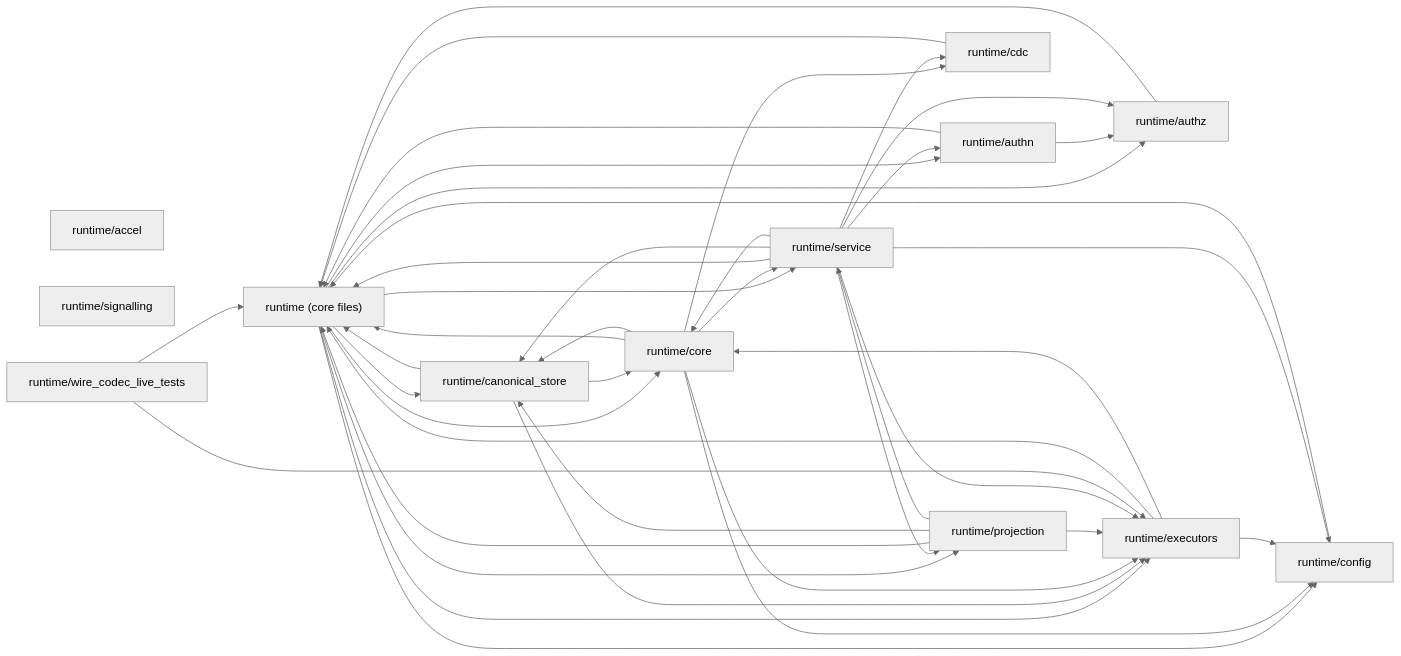
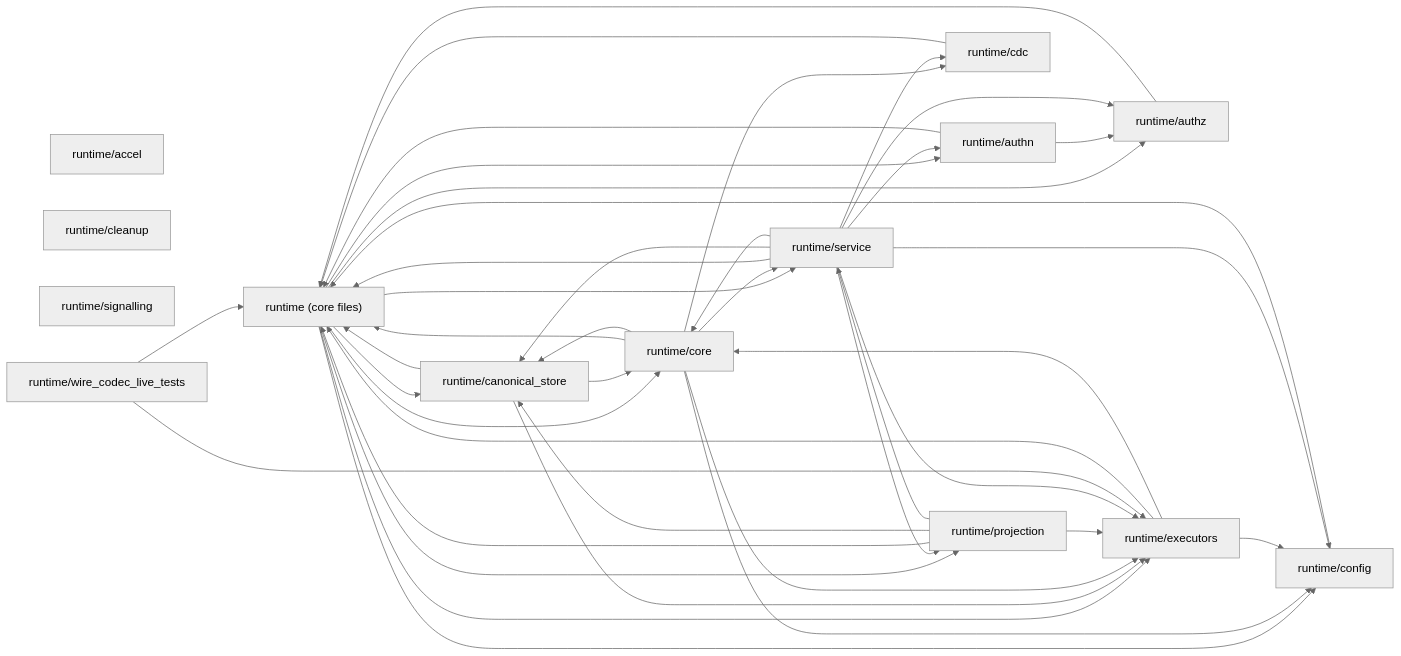
The second of 2 diagrams in docs/generated/codebase-map.md (fahara02/udb), drawn with Mermaid (neutral theme) before and after one commit. The commit also changed other lines of this file and 9 other files, not shown here.

````diff
--- a/docs/generated/codebase-map.md
+++ b/docs/generated/codebase-map.md
@@ -57,56 +57,57 @@
 ```mermaid
 graph LR
   runtime__core_files_["runtime (core files)"]
   runtime_accel["runtime/accel"]
   runtime_authn["runtime/authn"]
   runtime_authz["runtime/authz"]
   runtime_canonical_store["runtime/canonical_store"]
   runtime_cdc["runtime/cdc"]
+  runtime_cleanup["runtime/cleanup"]
   runtime_config["runtime/config"]
   runtime_core["runtime/core"]
   runtime_executors["runtime/executors"]
   runtime_projection["runtime/projection"]
   runtime_service["runtime/service"]
   runtime_signalling["runtime/signalling"]
   runtime_wire_codec_live_tests["runtime/wire_codec_live_tests"]
   runtime__core_files_ --> runtime_authn
   runtime__core_files_ --> runtime_authz
   runtime__core_files_ --> runtime_canonical_store
   runtime__core_files_ --> runtime_config
   runtime__core_files_ --> runtime_core
   runtime__core_files_ --> runtime_executors
   runtime__core_files_ --> runtime_projection
   runtime__core_files_ --> runtime_service
   runtime_authn --> runtime__core_files_
   runtime_authn --> runtime_authz
   runtime_authz --> runtime__core_files_
   runtime_canonical_store --> runtime__core_files_
   runtime_canonical_store --> runtime_core
   runtime_canonical_store --> runtime_executors
   runtime_cdc --> runtime__core_files_
   runtime_config --> runtime__core_files_
   runtime_core --> runtime__core_files_
   runtime_core --> runtime_canonical_store
   runtime_core --> runtime_cdc
   runtime_core --> runtime_config
   runtime_core --> runtime_executors
   runtime_core --> runtime_service
   runtime_executors --> runtime__core_files_
   runtime_executors --> runtime_config
   runtime_executors --> runtime_core
   runtime_projection --> runtime__core_files_
   runtime_projection --> runtime_canonical_store
   runtime_projection --> runtime_executors
   runtime_projection --> runtime_service
   runtime_service --> runtime__core_files_
   runtime_service --> runtime_authn
   runtime_service --> runtime_authz
   runtime_service --> runtime_canonical_store
   runtime_service --> runtime_cdc
   runtime_service --> runtime_config
   runtime_service --> runtime_core
   runtime_service --> runtime_executors
   runtime_service --> runtime_projection
   runtime_wire_codec_live_tests --> runtime__core_files_
   runtime_wire_codec_live_tests --> runtime_executors
 ```
````
